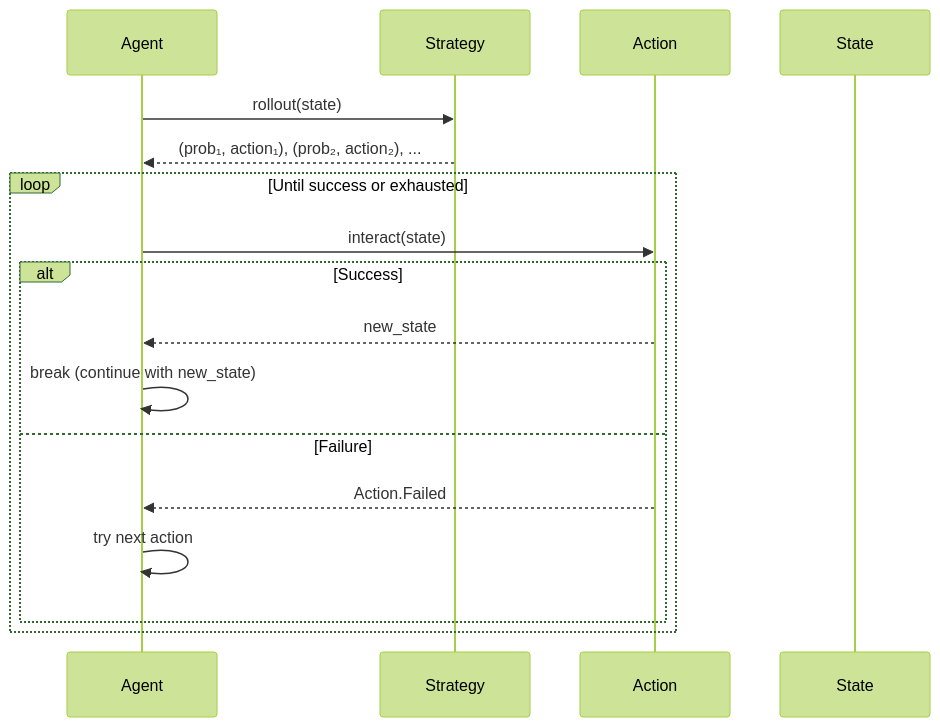
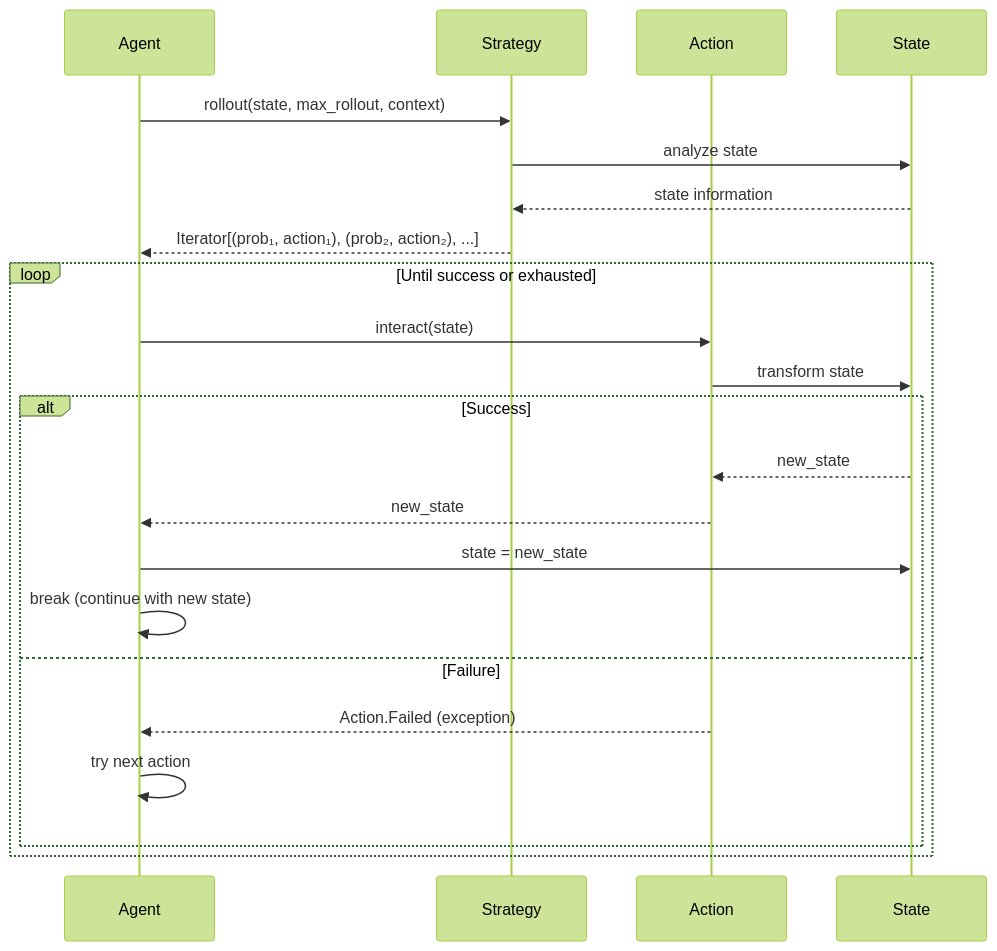
Before and after one commit to SkyLabsAI/rocq-agent-toolkit: the second of 2 diagrams in rocq-pipeline/src/rocq_pipeline/search/README.md, drawn with Mermaid (forest theme). The commit also changed other lines of this file, not shown here.

Commit message:
doc(rocq-pipeline): clarify how state is handled by Strategy/Agent in search/README.md

````diff
--- a/rocq-pipeline/src/rocq_pipeline/search/README.md
+++ b/rocq-pipeline/src/rocq_pipeline/search/README.md
@@ -51,20 +53,25 @@
 ```mermaid
 sequenceDiagram
     participant Agent
     participant Strategy
     participant Action
     participant State
 
-    Agent->>Strategy: rollout(state)
-    Strategy-->>Agent: (prob₁, action₁), (prob₂, action₂), ...
+    Agent->>Strategy: rollout(state, max_rollout, context)
+    Strategy->>State: analyze state
+    State-->>Strategy: state information
+    Strategy-->>Agent: Iterator[(prob₁, action₁), (prob₂, action₂), ...]
     loop Until success or exhausted
         Agent->>Action: interact(state)
+        Action->>State: transform state
         alt Success
+            State-->>Action: new_state
             Action-->>Agent: new_state
-            Agent->>Agent: break (continue with new_state)
+            Agent->>State: state = new_state
+            Agent->>Agent: break (continue with new state)
         else Failure
-            Action-->>Agent: Action.Failed
+            Action-->>Agent: Action.Failed (exception)
             Agent->>Agent: try next action
         end
     end
 ```
````
